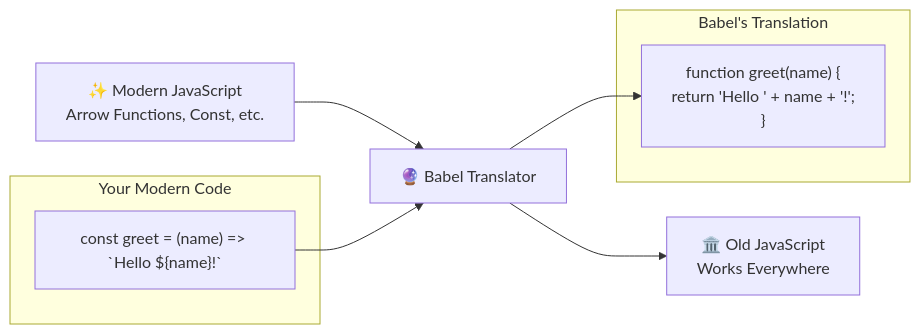
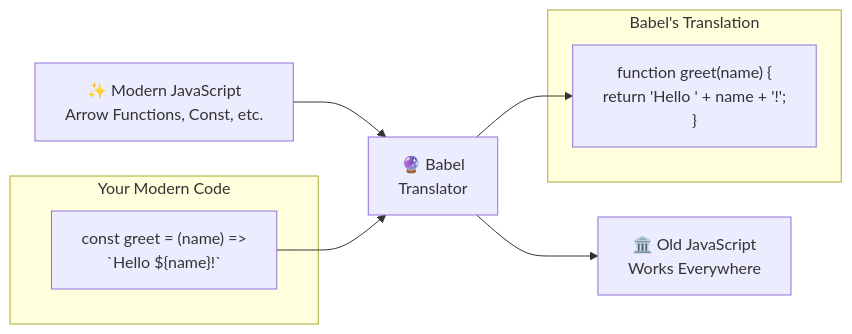
One commit to j4yh3m/alexandra-fizzbuzz-js changed the fifth of 12 diagrams in docs/TOOLS_GLOSSARY.md. Above: the diagram before and after it, drawn with Mermaid. The commit also changed other lines of this file and 2 other files, not shown here.

First line of the commit message:
fix: improve Mermaid diagram readability with better text wrapping

````diff
--- a/docs/TOOLS_GLOSSARY.md
+++ b/docs/TOOLS_GLOSSARY.md
@@ -163,16 +163,16 @@
 ```mermaid
 graph LR
-    A[✨ Modern JavaScript<br/>Arrow Functions, Const, etc.] --> B[🔮 Babel Translator]
+    A[✨ Modern JavaScript<br/>Arrow Functions, Const, etc.] --> B[🔮 Babel<br/>Translator]
     B --> C[🏛️ Old JavaScript<br/>Works Everywhere]
     
     subgraph "Your Modern Code"
-    D["const greet = (name) => `Hello ${name}!`"]
+    D["const greet = (name) =><br/>`Hello ${name}!`"]
     end
     
     subgraph "Babel's Translation"
     E["function greet(name) {<br/>  return 'Hello ' + name + '!';<br/>}"]
     end
     
     D --> B
     B --> E
 ```
````
